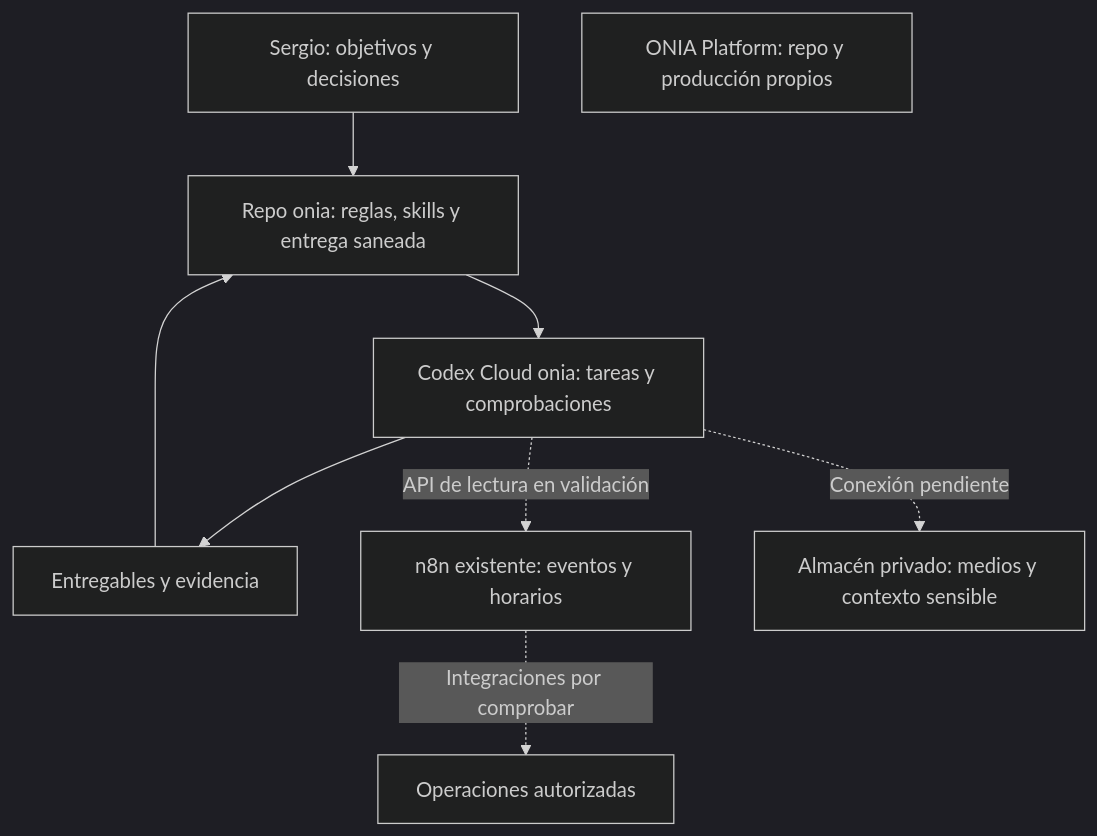
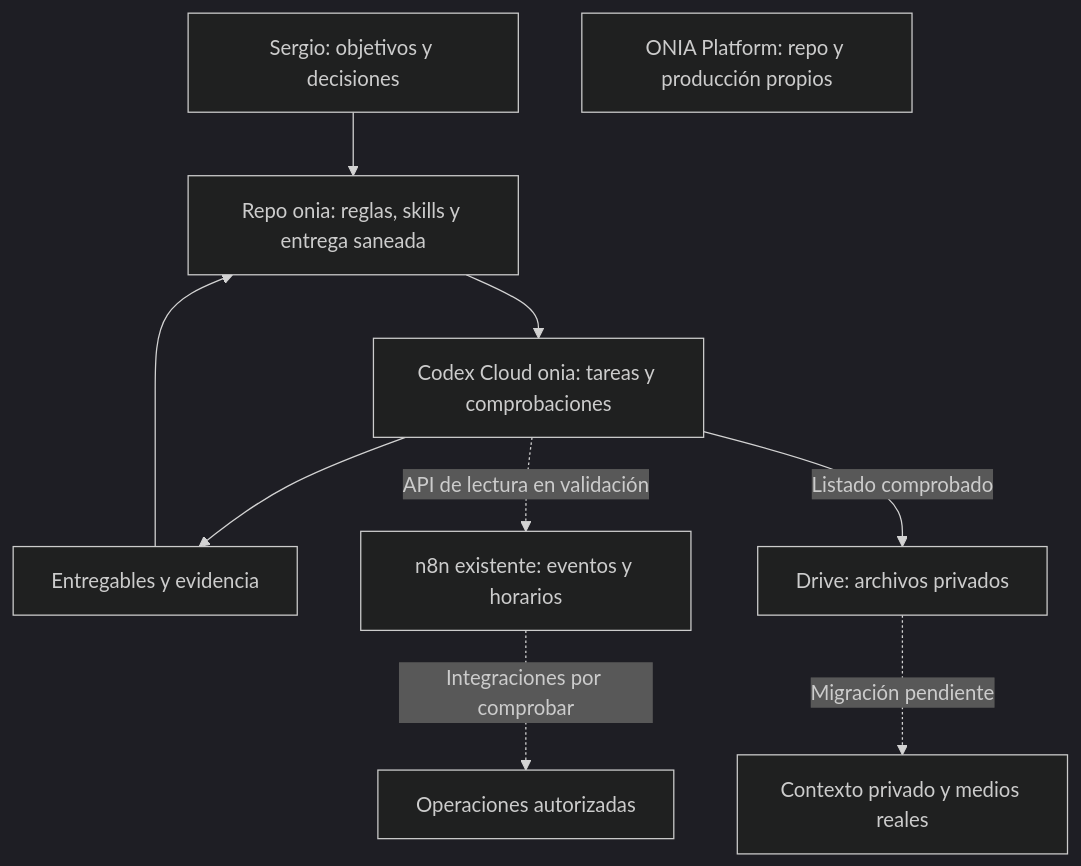
The diagram in _investigacion-onia/base-operativa/arquitectura.md (oninteligenciaartificial/onia), drawn with Mermaid (dark theme) before and after one commit. The commit also changed other lines of this file and 3 other files, not shown here.

````diff
--- a/_investigacion-onia/base-operativa/arquitectura.md
+++ b/_investigacion-onia/base-operativa/arquitectura.md
@@ -9,11 +9,12 @@
 ```mermaid
 flowchart TD
     S[Sergio: objetivos y decisiones] --> R[Repo onia: reglas, skills y entrega saneada]
     R --> C[Codex Cloud onia: tareas y comprobaciones]
     C --> E[Entregables y evidencia]
     E --> R
     C -. API de lectura en validación .-> N[n8n existente: eventos y horarios]
-    C -. Conexión pendiente .-> A[Almacén privado: medios y contexto sensible]
+    C -->|Listado comprobado| A[Drive: archivos privados]
+    A -. Migración pendiente .-> K[Contexto privado y medios reales]
     N -. Integraciones por comprobar .-> O[Operaciones autorizadas]
     P[ONIA Platform: repo y producción propios]
 ```
````
